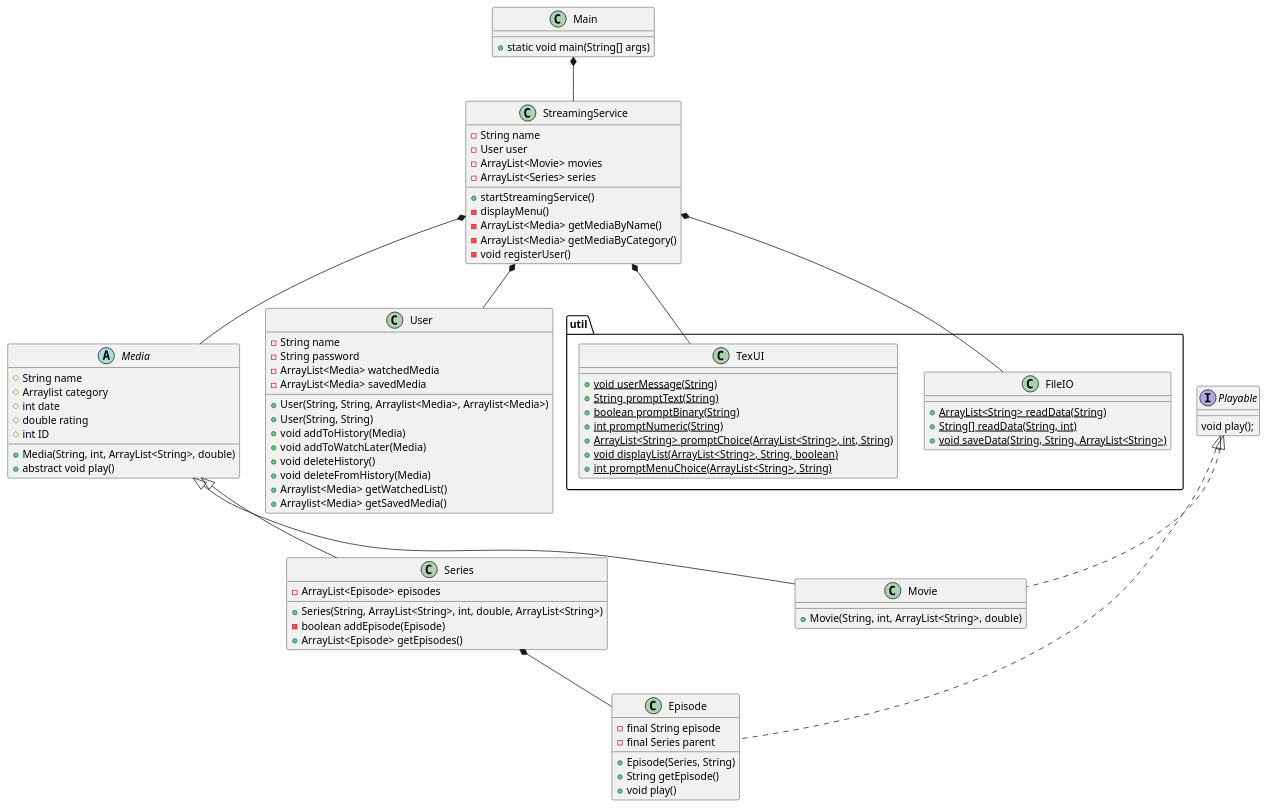
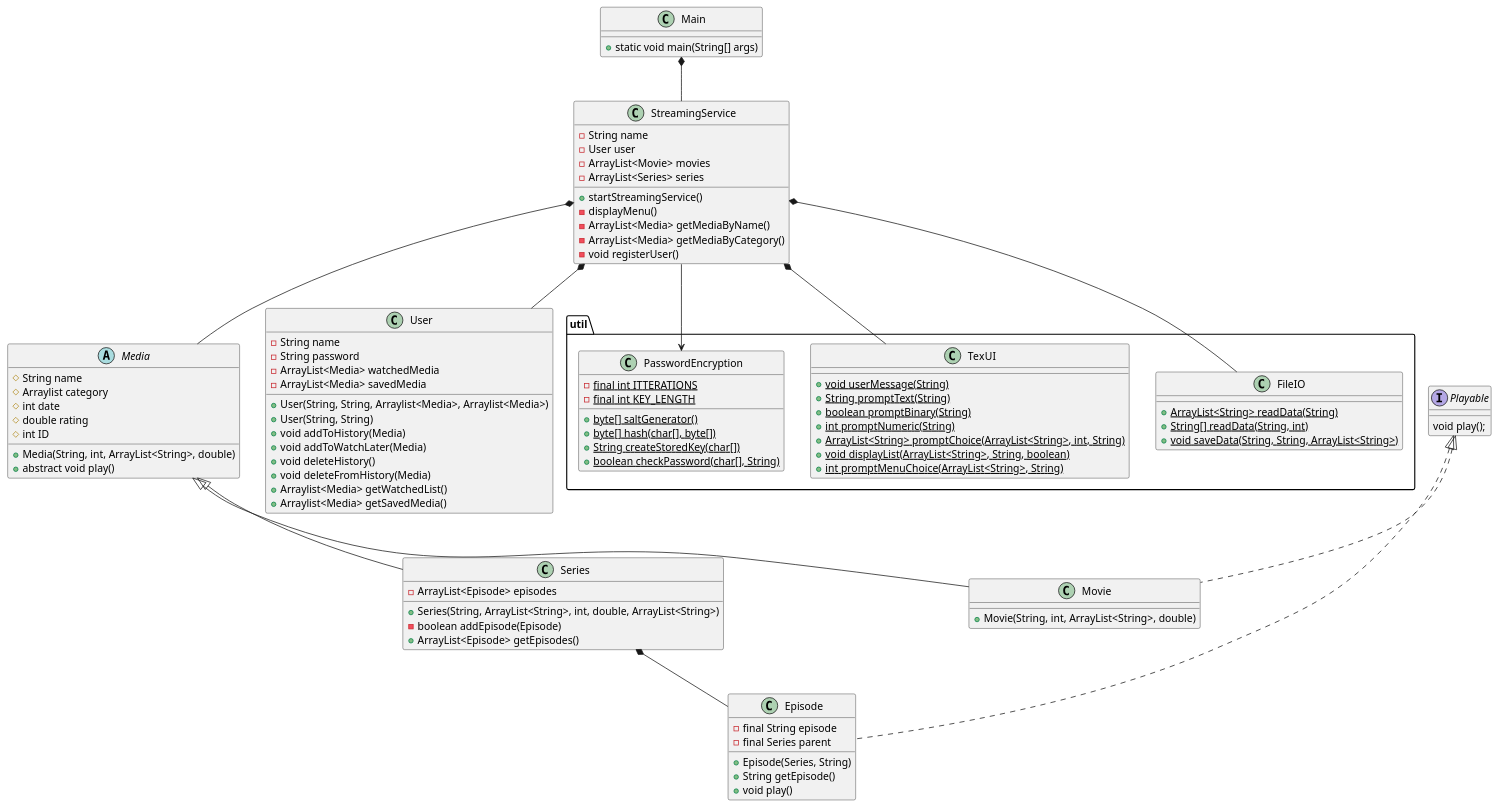
One commit to Studiegruppe-B/SP3-Streamingtjeneste changed the diagram in doc/static/classDiagram.puml. Above: the diagram before and after it, drawn with PlantUML.

Commit message:
password intergration i classdiagram

```diff
--- a/doc/static/classDiagram.puml
+++ b/doc/static/classDiagram.puml
@@ -1,99 +1,112 @@
 @startuml
 class Main{
 + static void main(String[] args)
 
 }
 
 class StreamingService{
 - String name
 - User user
 - ArrayList<Movie> movies
 - ArrayList<Series> series
 + startStreamingService()
 - displayMenu()
 - ArrayList<Media> getMediaByName()
 - ArrayList<Media> getMediaByCategory()
 - void registerUser()
 }
 
 
 
 
 abstract class Media{
 # String name
 # Arraylist category
 # int date
 # double rating
 # int ID
 + Media(String, int, ArrayList<String>, double)
 + abstract void play()
 
 }
 interface Playable {
 void play();
 }
 
 class Episode implements Playable {
 - final String episode
 - final Series parent
 + Episode(Series, String)
 + String getEpisode()
 + void play()
 }
 
 class Movie implements Playable{
 + Movie(String, int, ArrayList<String>, double)
 }
 
 class Series {
 - ArrayList<Episode> episodes
 + Series(String, ArrayList<String>, int, double, ArrayList<String>)
 - boolean addEpisode(Episode)
 + ArrayList<Episode> getEpisodes()
 }
 
 
 class User{
 - String name
 - String password
 - ArrayList<Media> watchedMedia
 - ArrayList<Media> savedMedia
 + User(String, String, Arraylist<Media>, Arraylist<Media>)
 + User(String, String)
 + void addToHistory(Media)
 + void addToWatchLater(Media)
 + void deleteHistory()
 + void deleteFromHistory(Media)
 + Arraylist<Media> getWatchedList()
 + Arraylist<Media> getSavedMedia()
 }
 
 package "util"{
 class FileIO{
 + {static} ArrayList<String> readData(String)
 + {static} String[] readData(String, int)
 + {static} void saveData(String, String, ArrayList<String>)
 }
 
 class TexUI{
 + {static} void userMessage(String)
 + {static} String promptText(String)
 + {static} boolean promptBinary(String)
 + {static} int promptNumeric(String)
 + {static} ArrayList<String> promptChoice(ArrayList<String>, int, String)
 + {static} void displayList(ArrayList<String>, String, boolean)
 + {static} int promptMenuChoice(ArrayList<String>, String)
 
 }
 
+class PasswordEncryption{
+- {static} final int ITTERATIONS
+- {static} final int KEY_LENGTH
++ {static} byte[] saltGenerator()
++ {static} byte[] hash(char[], byte[])
++ {static} String createStoredKey(char[])
++ {static} boolean checkPassword(char[], String)
+}
+
+
+
+
 }
 
 Main *-- StreamingService
 StreamingService *-- Media
 StreamingService *-- FileIO
 StreamingService *-- TexUI
 StreamingService *-- User
 Media <|-- Movie
 Media <|-- Series
 Series *-- Episode
+StreamingService --> PasswordEncryption
 @enduml
```
